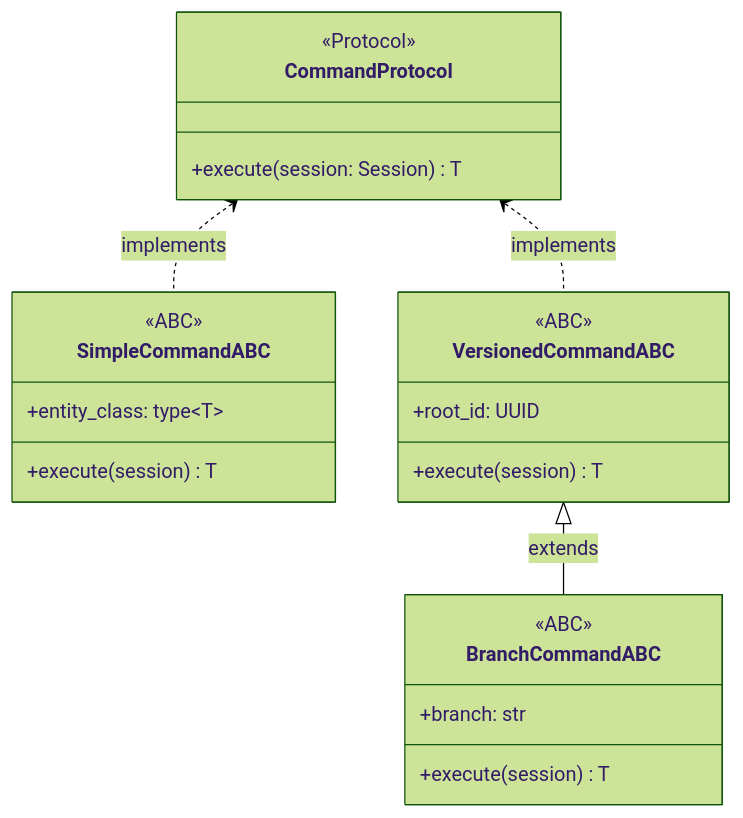
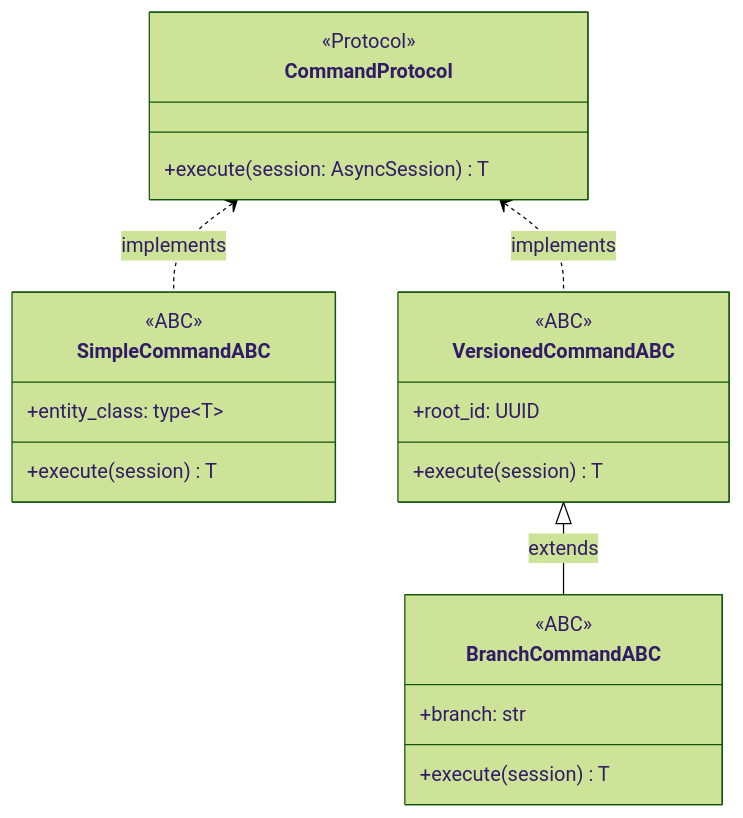
The third of 3 diagrams in docs/02-architecture/backend/contexts/evcs-core/architecture.md (ogghst/backcast), drawn with Mermaid (forest theme) before and after one commit. The commit also changed other lines of this file and 4 other files, not shown here.

````diff
--- a/docs/02-architecture/backend/contexts/evcs-core/architecture.md
+++ b/docs/02-architecture/backend/contexts/evcs-core/architecture.md
@@ -394,29 +396,29 @@
 ```mermaid
 classDiagram
     class CommandProtocol {
         <<Protocol>>
-        +execute(session: Session) T
+        +execute(session: AsyncSession) T
     }
 
     class SimpleCommandABC {
         <<ABC>>
         +entity_class: type~T~
         +execute(session) T
     }
 
     class VersionedCommandABC {
         <<ABC>>
         +root_id: UUID
         +execute(session) T
     }
 
     class BranchCommandABC {
         <<ABC>>
         +branch: str
         +execute(session) T
     }
 
     CommandProtocol <.. SimpleCommandABC : implements
     CommandProtocol <.. VersionedCommandABC : implements
     VersionedCommandABC <|-- BranchCommandABC : extends
 ```
````
